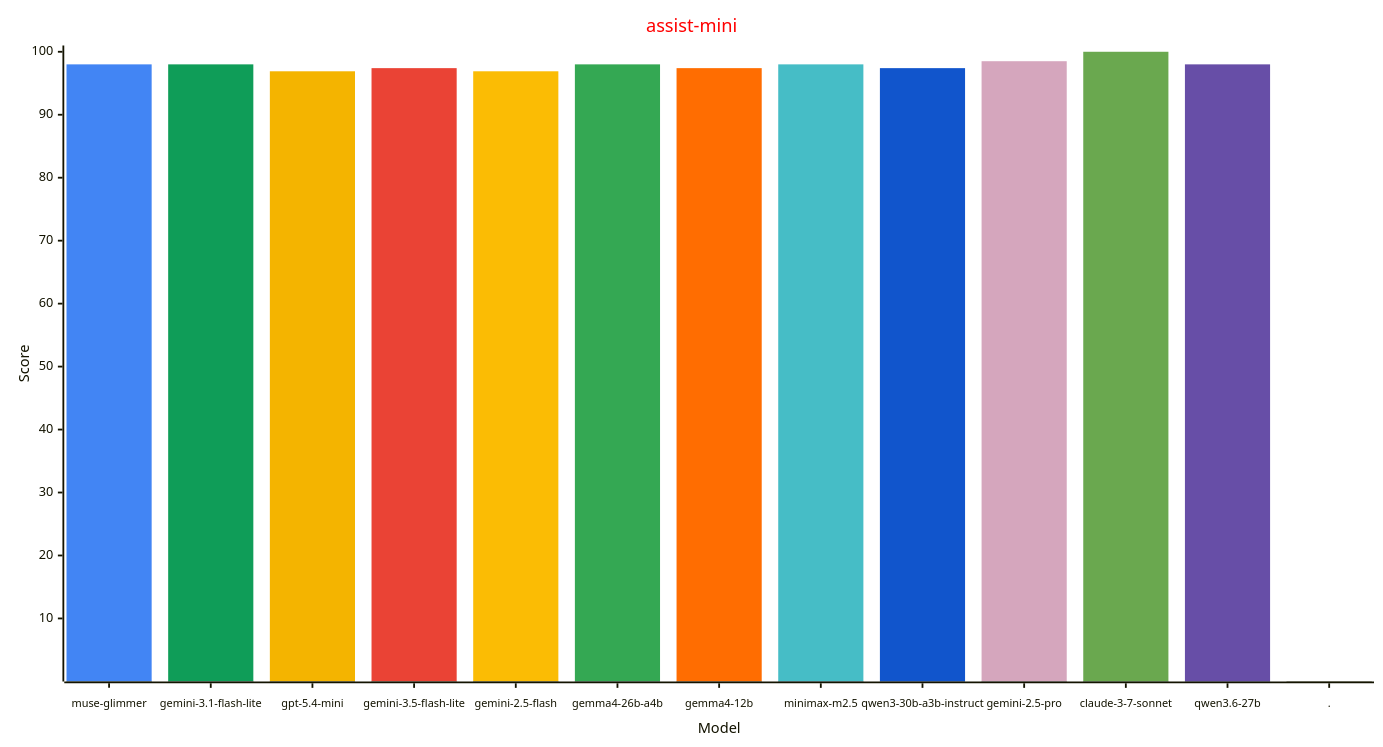
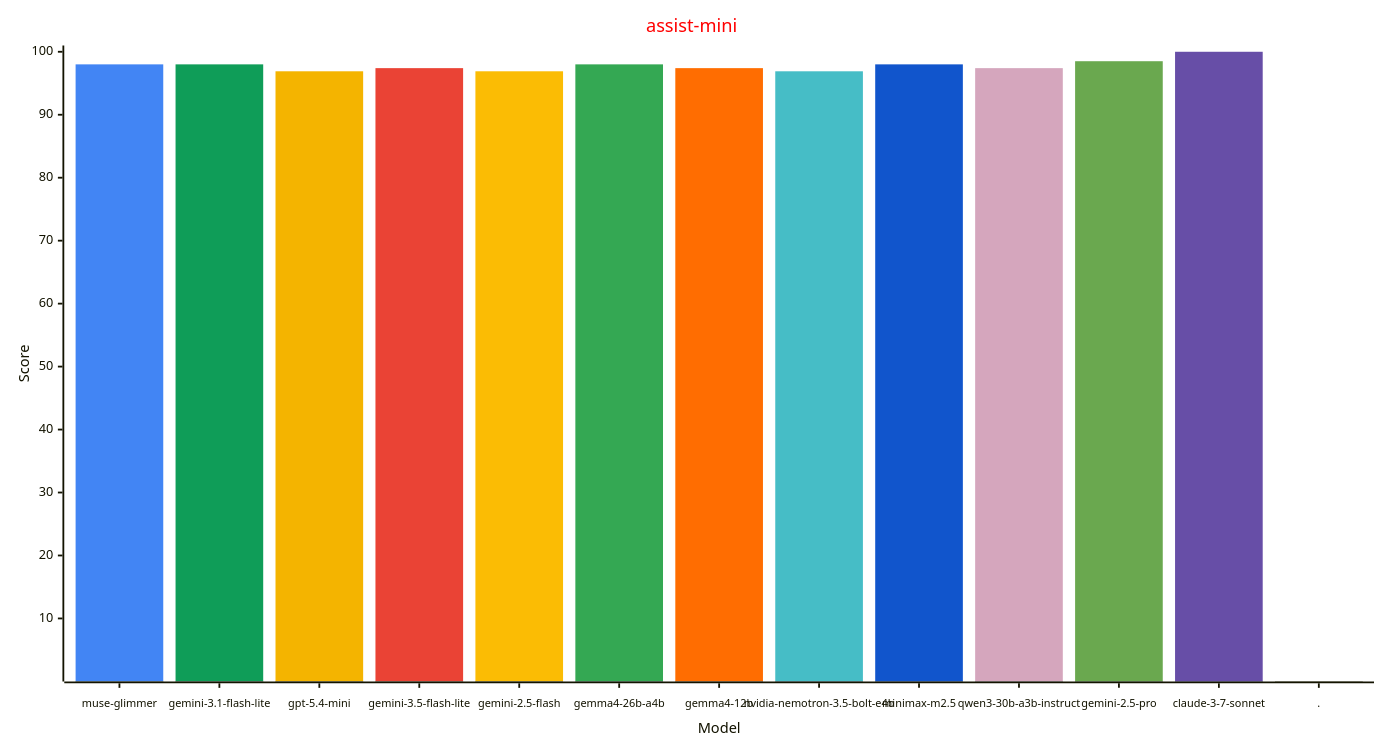
Before and after one commit to allenporter/home-assistant-datasets: the second of 4 diagrams in reports/README.md, drawn with Mermaid. The commit also changed other lines of this file, not shown here.

````diff
--- a/reports/README.md
+++ b/reports/README.md
@@ -131,33 +132,33 @@
 ```mermaid
 ---
 config:
     xyChart:
         width: 1500
         height: 800
         xAxis:
           labelFontSize: 12
           labelPadding: 8
     themeVariables:
         xyChart:
             titleColor: "#ff0000"
             plotColorPalette: "#4285f4, #0f9d58, #f4b400, #ea4335, #fbbc04, #34a853, #ff6d01, #46bdc6, #1155cc, #d5a6bd, #6aa84f, #674ea7, #4285f4"
 
 ---
 xychart-beta
   title "assist-mini"
-  x-axis "Model" [muse-glimmer, gemini-3.1-flash-lite, gpt-5.4-mini, gemini-3.5-flash-lite, gemini-2.5-flash, gemma4-26b-a4b, gemma4-12b, minimax-m2.5, qwen3-30b-a3b-instruct, gemini-2.5-pro, claude-3-7-sonnet, qwen3.6-27b, .]
+  x-axis "Model" [muse-glimmer, gemini-3.1-flash-lite, gpt-5.4-mini, gemini-3.5-flash-lite, gemini-2.5-flash, gemma4-26b-a4b, gemma4-12b, nvidia-nemotron-3.5-bolt-e4b, minimax-m2.5, qwen3-30b-a3b-instruct, gemini-2.5-pro, claude-3-7-sonnet, .]
   y-axis "Score" 1 --> 100
   bar [98.0, 0.0, 0.0, 0.0, 0.0, 0.0, 0.0, 0.0, 0.0, 0.0, 0.0, 0.0, 0.0]
   bar [0.0, 98.0, 0.0, 0.0, 0.0, 0.0, 0.0, 0.0, 0.0, 0.0, 0.0, 0.0, 0.0]
   bar [0.0, 0.0, 96.9, 0.0, 0.0, 0.0, 0.0, 0.0, 0.0, 0.0, 0.0, 0.0, 0.0]
   bar [0.0, 0.0, 0.0, 97.4, 0.0, 0.0, 0.0, 0.0, 0.0, 0.0, 0.0, 0.0, 0.0]
   bar [0.0, 0.0, 0.0, 0.0, 96.9, 0.0, 0.0, 0.0, 0.0, 0.0, 0.0, 0.0, 0.0]
   bar [0.0, 0.0, 0.0, 0.0, 0.0, 98.0, 0.0, 0.0, 0.0, 0.0, 0.0, 0.0, 0.0]
   bar [0.0, 0.0, 0.0, 0.0, 0.0, 0.0, 97.4, 0.0, 0.0, 0.0, 0.0, 0.0, 0.0]
-  bar [0.0, 0.0, 0.0, 0.0, 0.0, 0.0, 0.0, 98.0, 0.0, 0.0, 0.0, 0.0, 0.0]
-  bar [0.0, 0.0, 0.0, 0.0, 0.0, 0.0, 0.0, 0.0, 97.4, 0.0, 0.0, 0.0, 0.0]
-  bar [0.0, 0.0, 0.0, 0.0, 0.0, 0.0, 0.0, 0.0, 0.0, 98.5, 0.0, 0.0, 0.0]
-  bar [0.0, 0.0, 0.0, 0.0, 0.0, 0.0, 0.0, 0.0, 0.0, 0.0, 100.0, 0.0, 0.0]
-  bar [0.0, 0.0, 0.0, 0.0, 0.0, 0.0, 0.0, 0.0, 0.0, 0.0, 0.0, 98.0, 0.0]
+  bar [0.0, 0.0, 0.0, 0.0, 0.0, 0.0, 0.0, 96.9, 0.0, 0.0, 0.0, 0.0, 0.0]
+  bar [0.0, 0.0, 0.0, 0.0, 0.0, 0.0, 0.0, 0.0, 98.0, 0.0, 0.0, 0.0, 0.0]
+  bar [0.0, 0.0, 0.0, 0.0, 0.0, 0.0, 0.0, 0.0, 0.0, 97.4, 0.0, 0.0, 0.0]
+  bar [0.0, 0.0, 0.0, 0.0, 0.0, 0.0, 0.0, 0.0, 0.0, 0.0, 98.5, 0.0, 0.0]
+  bar [0.0, 0.0, 0.0, 0.0, 0.0, 0.0, 0.0, 0.0, 0.0, 0.0, 0.0, 100.0, 0.0]
   bar [0.0, 0.0, 0.0, 0.0, 0.0, 0.0, 0.0, 0.0, 0.0, 0.0, 0.0, 0.0, -1.0]
 ```
````
